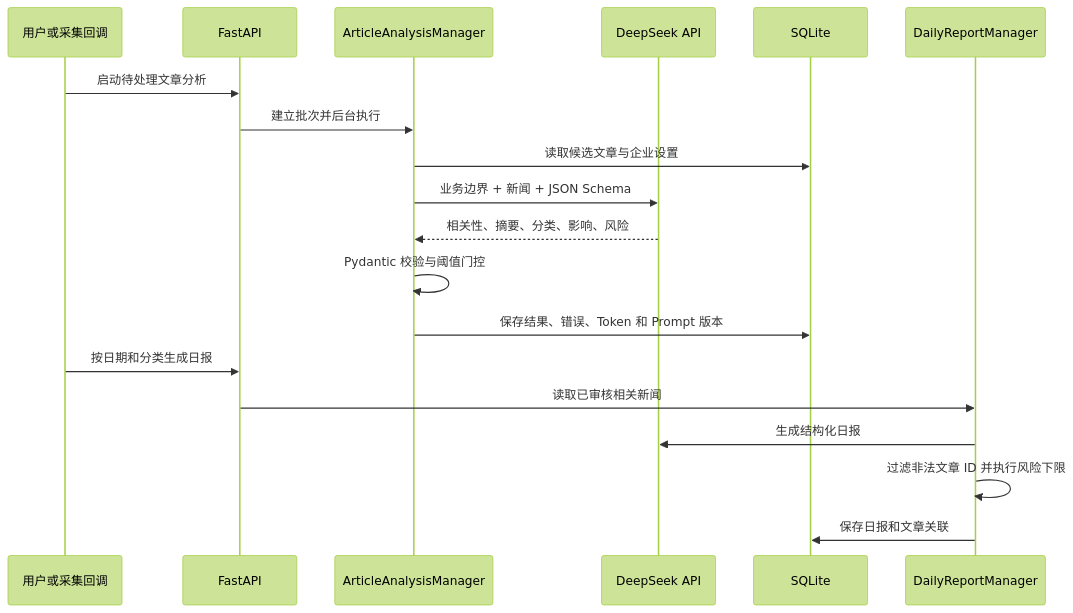
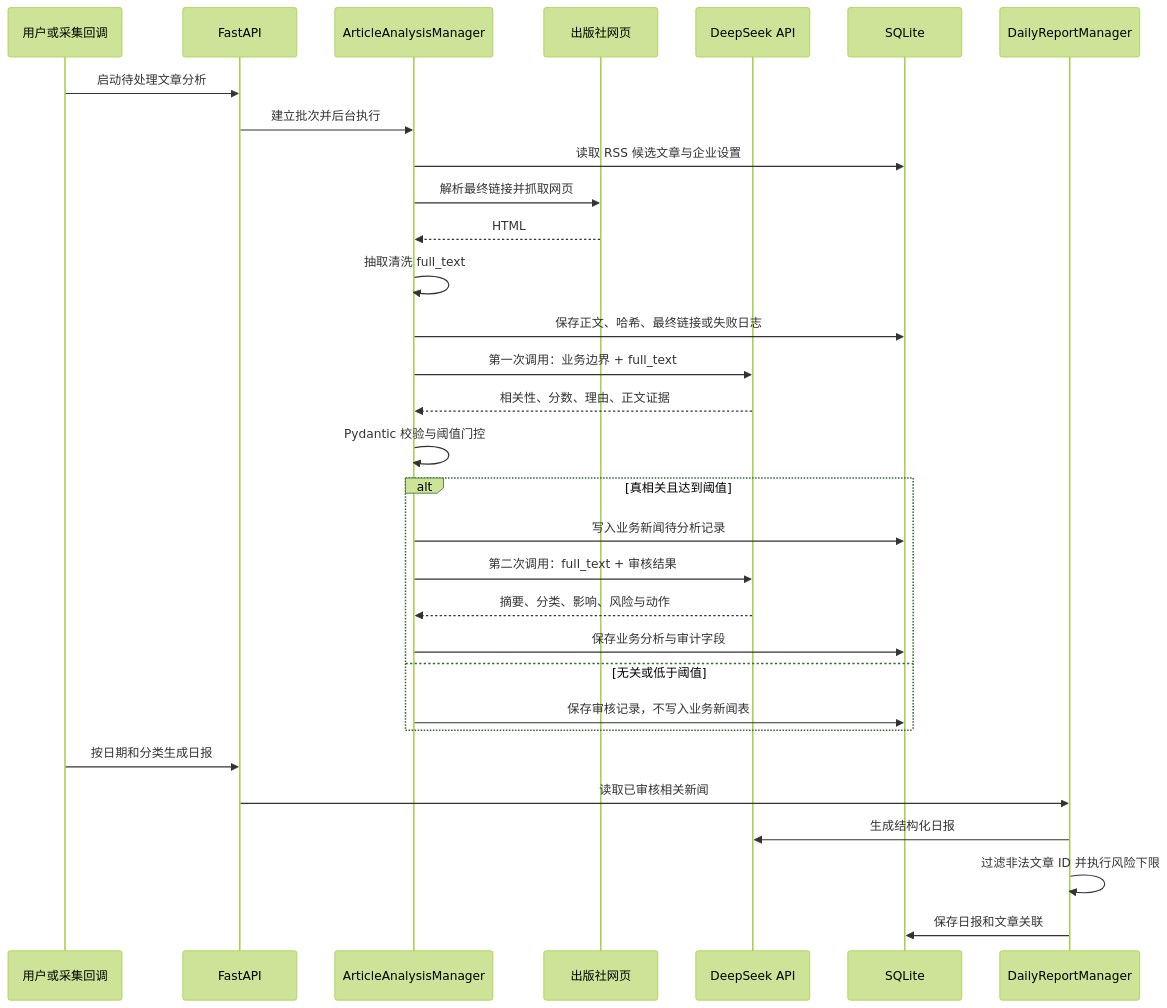
The third of 3 diagrams in docs/architecture.md (shiye1213/intco-rss-collector), drawn with Mermaid (forest theme) before and after one commit. The commit also changed other lines of this file and 16 other files, not shown here.

Commit message:
feat: gate intelligence analysis on article full text

````diff
--- a/docs/architecture.md
+++ b/docs/architecture.md
@@ -67,22 +70,34 @@
 ```mermaid
 sequenceDiagram
     participant User as 用户或采集回调
     participant API as FastAPI
     participant Analysis as ArticleAnalysisManager
+    participant Publisher as 出版社网页
     participant DeepSeek as DeepSeek API
     participant DB as SQLite
     participant Report as DailyReportManager
 
     User->>API: 启动待处理文章分析
     API->>Analysis: 建立批次并后台执行
-    Analysis->>DB: 读取候选文章与企业设置
-    Analysis->>DeepSeek: 业务边界 + 新闻 + JSON Schema
-    DeepSeek-->>Analysis: 相关性、摘要、分类、影响、风险
+    Analysis->>DB: 读取 RSS 候选文章与企业设置
+    Analysis->>Publisher: 解析最终链接并抓取网页
+    Publisher-->>Analysis: HTML
+    Analysis->>Analysis: 抽取清洗 full_text
+    Analysis->>DB: 保存正文、哈希、最终链接或失败日志
+    Analysis->>DeepSeek: 第一次调用：业务边界 + full_text
+    DeepSeek-->>Analysis: 相关性、分数、理由、正文证据
     Analysis->>Analysis: Pydantic 校验与阈值门控
-    Analysis->>DB: 保存结果、错误、Token 和 Prompt 版本
+    alt 真相关且达到阈值
+        Analysis->>DB: 写入业务新闻待分析记录
+        Analysis->>DeepSeek: 第二次调用：full_text + 审核结果
+        DeepSeek-->>Analysis: 摘要、分类、影响、风险与动作
+        Analysis->>DB: 保存业务分析与审计字段
+    else 无关或低于阈值
+        Analysis->>DB: 保存审核记录，不写入业务新闻表
+    end
     User->>API: 按日期和分类生成日报
     API->>Report: 读取已审核相关新闻
     Report->>DeepSeek: 生成结构化日报
     Report->>Report: 过滤非法文章 ID 并执行风险下限
     Report->>DB: 保存日报和文章关联
 ```
````
